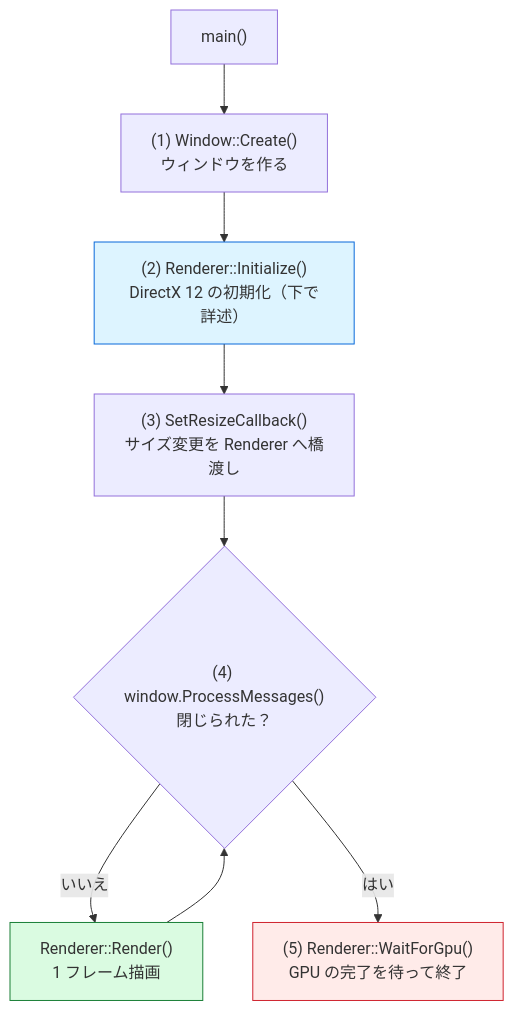
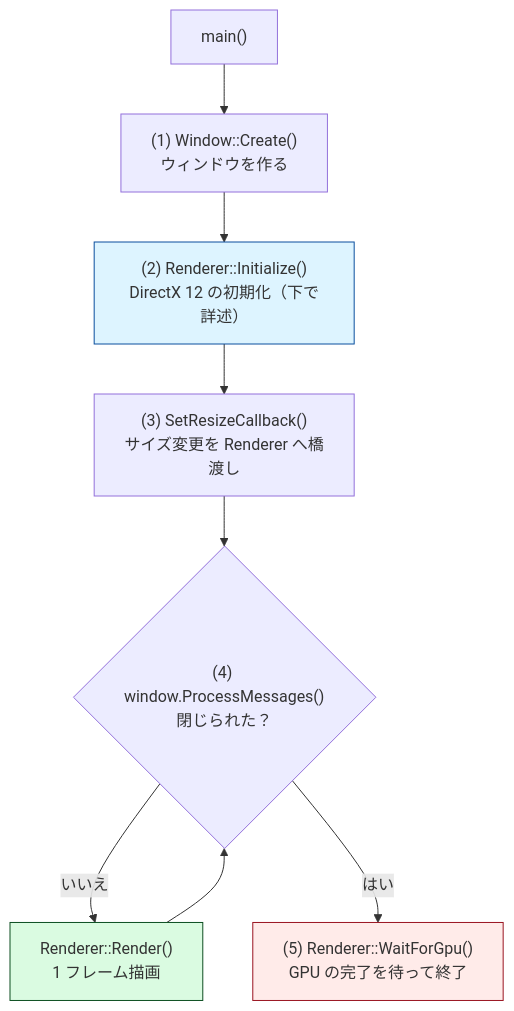
Before and after one commit to Tomonorarari-Think/DirectX12Dev: the first of 4 diagrams in docs/design/描画フロー.md, drawn with Mermaid. The commit also changed other lines of this file and 24 other files, not shown here.

First line of the commit message:
fix: 図の配色を見直し、コントラスト比を 7:1 以上に引き上げる

````diff
--- a/docs/design/描画フロー.md
+++ b/docs/design/描画フロー.md
@@ -9,14 +9,14 @@
 ```mermaid
 flowchart TD
     A["main()"] --> B["(1) Window::Create()<br/>ウィンドウを作る"]
     B --> C["(2) Renderer::Initialize()<br/>DirectX 12 の初期化（下で詳述）"]
     C --> D["(3) SetResizeCallback()<br/>サイズ変更を Renderer へ橋渡し"]
     D --> E{"(4) window.ProcessMessages()<br/>閉じられた？"}
     E -- いいえ --> F["Renderer::Render()<br/>1 フレーム描画"]
     F --> E
     E -- はい --> G["(5) Renderer::WaitForGpu()<br/>GPU の完了を待って終了"]
 
-    style C fill:#ddf4ff,stroke:#0969da
-    style F fill:#dafbe1,stroke:#1a7f37
-    style G fill:#ffebe9,stroke:#cf222e
+    style C fill:#ddf4ff,stroke:#0a4f9e
+    style F fill:#dafbe1,stroke:#0d4f21
+    style G fill:#ffebe9,stroke:#9a1420
 ```
````
